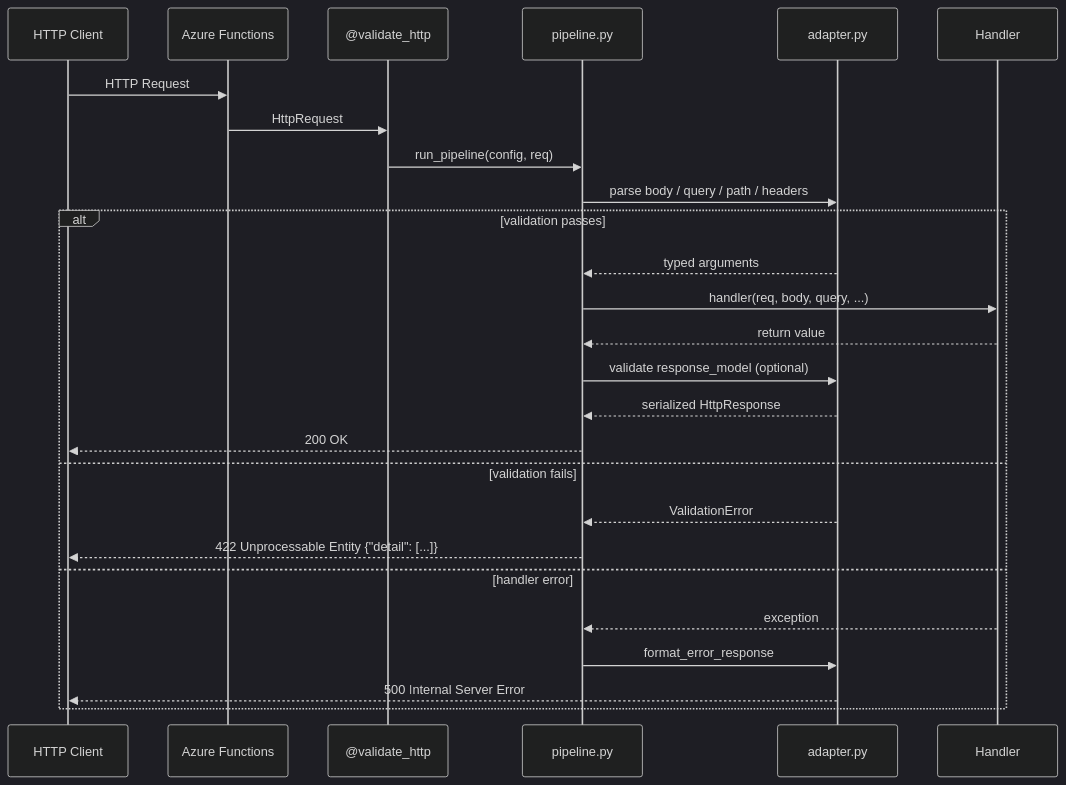
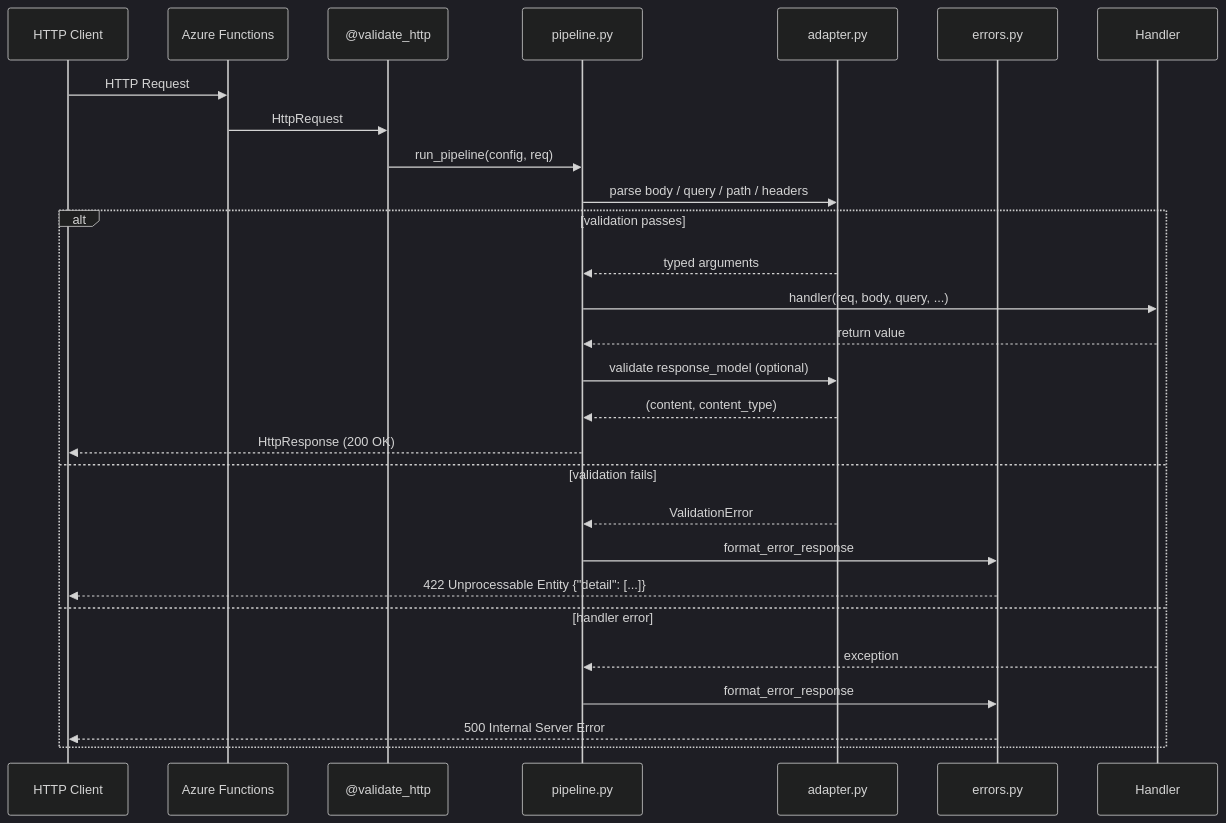
Before and after one commit to yeongseon/azure-functions-validation-python: the first of 2 diagrams in docs/architecture.md, drawn with Mermaid (dark theme). The commit also changed 4 other files, not shown here.

First line of the commit message:
docs: correct pipeline sequence diagram and add README flow diagram (#221)

````diff
--- a/docs/architecture.md
+++ b/docs/architecture.md
@@ -21,30 +21,32 @@
 ```mermaid
 sequenceDiagram
     participant Client as HTTP Client
     participant AZ as Azure Functions
     participant DEC as @validate_http
     participant PL as pipeline.py
     participant AD as adapter.py
+    participant ERR as errors.py
     participant H as Handler
 
     Client->>AZ: HTTP Request
     AZ->>DEC: HttpRequest
     DEC->>PL: run_pipeline(config, req)
     PL->>AD: parse body / query / path / headers
 
     alt validation passes
         AD-->>PL: typed arguments
         PL->>H: handler(req, body, query, ...)
         H-->>PL: return value
         PL->>AD: validate response_model (optional)
-        AD-->>PL: serialized HttpResponse
-        PL-->>Client: 200 OK
+        AD-->>PL: (content, content_type)
+        PL-->>Client: HttpResponse (200 OK)
     else validation fails
         AD-->>PL: ValidationError
-        PL-->>Client: 422 Unprocessable Entity {"detail": [...]}
+        PL->>ERR: format_error_response
+        ERR-->>Client: 422 Unprocessable Entity {"detail": [...]}
     else handler error
         H-->>PL: exception
-        PL->>AD: format_error_response
-        AD-->>Client: 500 Internal Server Error
+        PL->>ERR: format_error_response
+        ERR-->>Client: 500 Internal Server Error
     end
 ```
````
